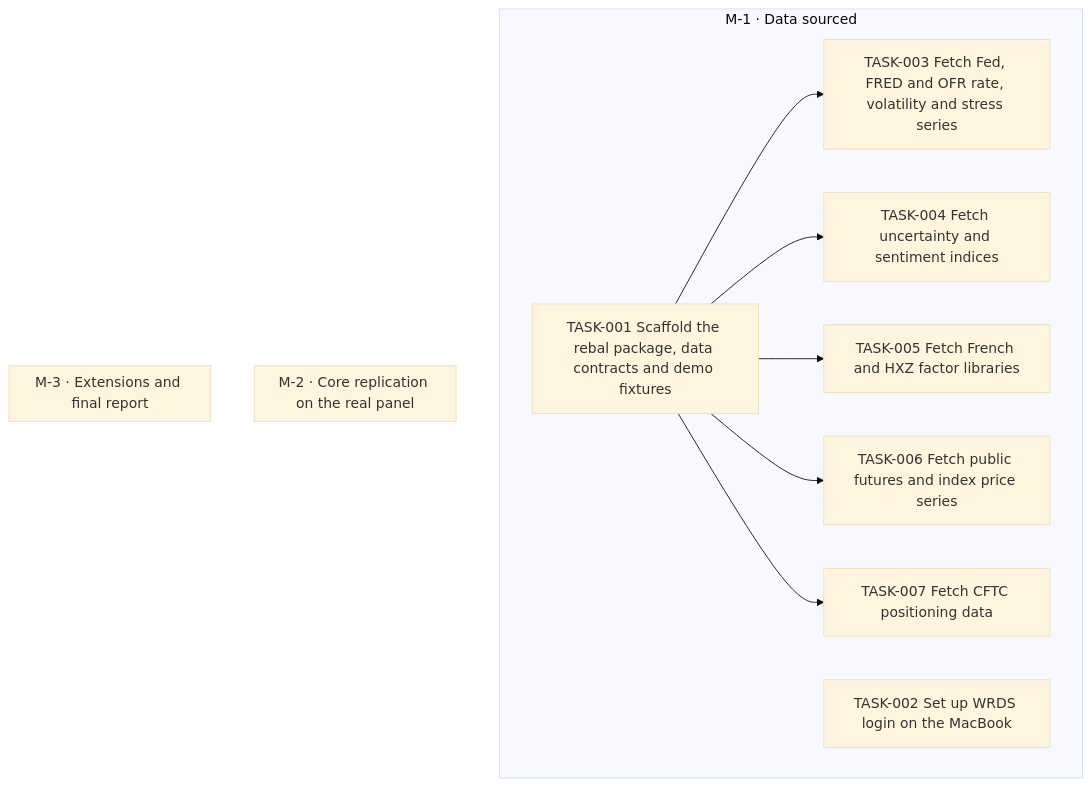
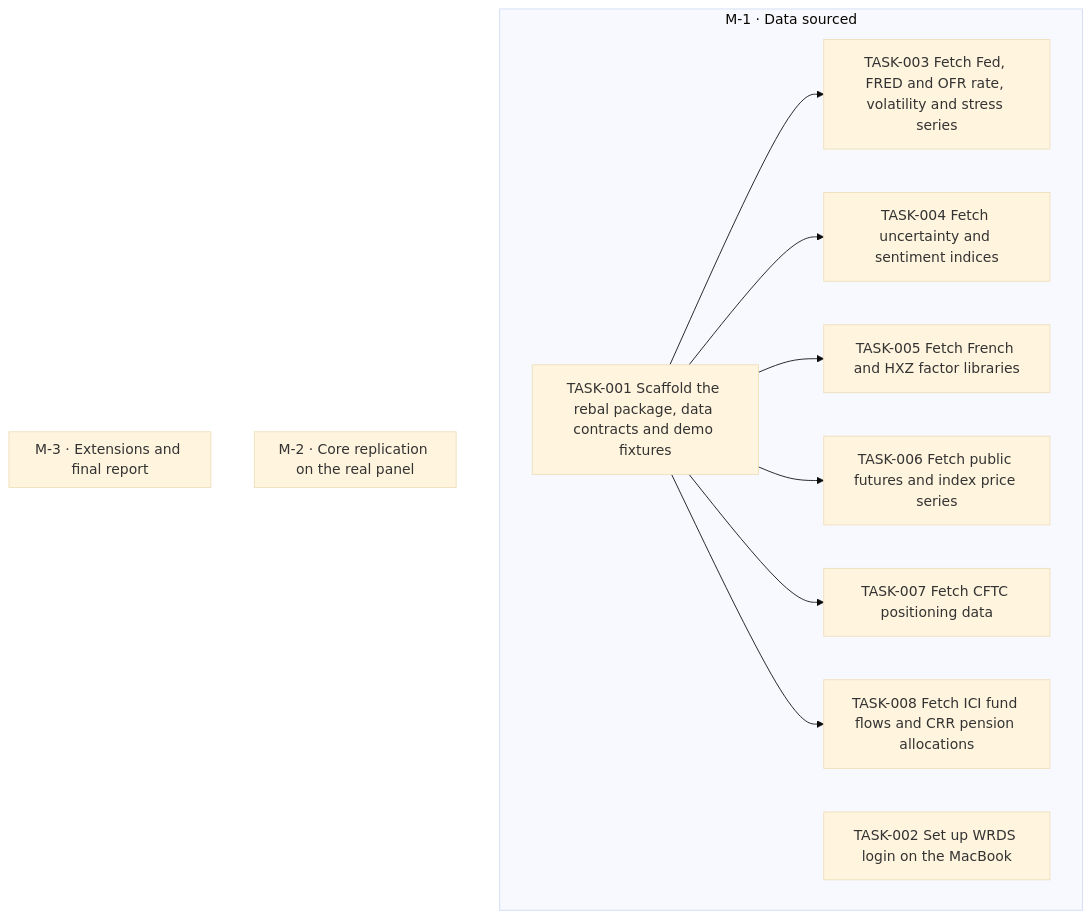
Before and after one commit to jesusvillota/replicate: the diagram in goals/hmm-rebalancing/README.md, drawn with Mermaid (base theme). The commit also changed 1 other file, not shown here.

Commit message:
goal(hmm-rebalancing): add TASK-008 Fetch ICI fund flows and CRR pension allocations

````diff
--- a/goals/hmm-rebalancing/README.md
+++ b/goals/hmm-rebalancing/README.md
@@ -126,24 +126,26 @@
 ```mermaid
 flowchart TD
   subgraph M_1["M-1 · Data sourced"]
     TASK_001["TASK-001 Scaffold the rebal package, data contracts and demo fixtures"]
     TASK_002["TASK-002 Set up WRDS login on the MacBook"]
     TASK_003["TASK-003 Fetch Fed, FRED and OFR rate, volatility and stress series"]
     TASK_004["TASK-004 Fetch uncertainty and sentiment indices"]
     TASK_005["TASK-005 Fetch French and HXZ factor libraries"]
     TASK_006["TASK-006 Fetch public futures and index price series"]
     TASK_007["TASK-007 Fetch CFTC positioning data"]
+    TASK_008["TASK-008 Fetch ICI fund flows and CRR pension allocations"]
   end
   subgraph M_2["M-2 · Core replication on the real panel"]
   end
   subgraph M_3["M-3 · Extensions and final report"]
   end
   TASK_001 --> TASK_003
   TASK_001 --> TASK_004
   TASK_001 --> TASK_005
   TASK_001 --> TASK_006
   TASK_001 --> TASK_007
+  TASK_001 --> TASK_008
   classDef draft stroke-dasharray: 4 3
   classDef cancelled opacity:0.45
   classDef decision fill:#f3e8ff,stroke:#7c3aed
 ```
````
